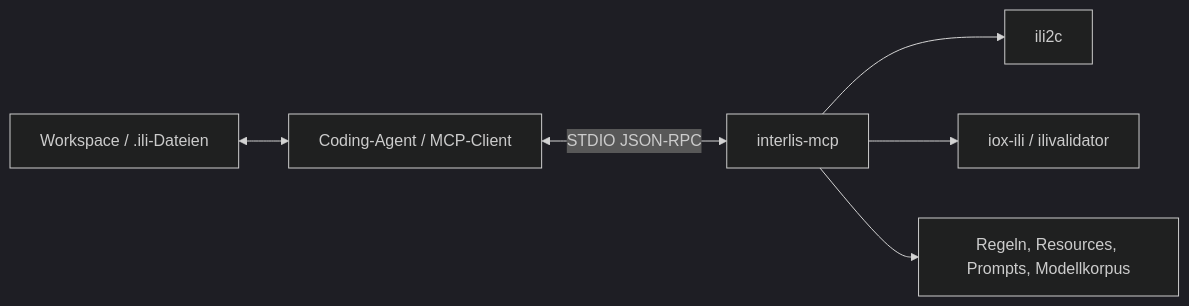
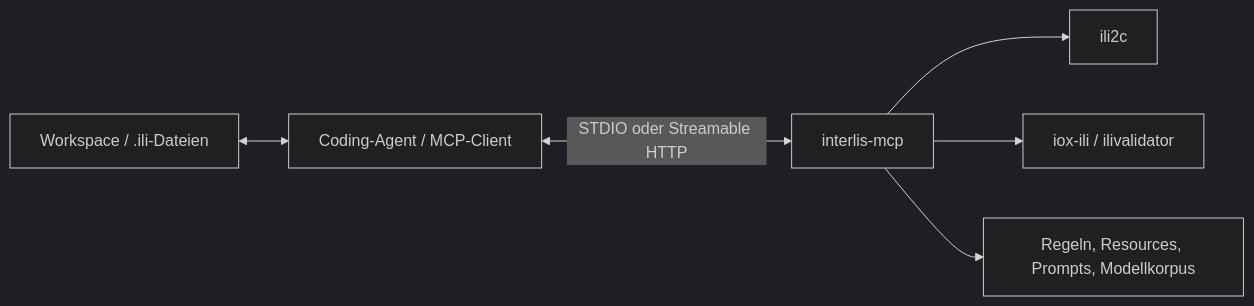
The diagram in docs/ARCHITECTURE.md (edigonzales/interlis-mcp), drawn with Mermaid (dark theme) before and after one commit. The commit also changed other lines of this file and 164 other files, not shown here.

````diff
--- a/docs/ARCHITECTURE.md
+++ b/docs/ARCHITECTURE.md
@@ -9,15 +9,15 @@
 ```mermaid
 flowchart LR
     Workspace["Workspace / .ili-Dateien"]
     Agent["Coding-Agent / MCP-Client"]
     MCP["interlis-mcp"]
     Ili2c["ili2c"]
     Validator["iox-ili / ilivalidator"]
     Knowledge["Regeln, Resources, Prompts, Modellkorpus"]
 
     Workspace <--> Agent
-    Agent <--> |STDIO JSON-RPC| MCP
+    Agent <--> |STDIO oder Streamable HTTP| MCP
     MCP --> Ili2c
     MCP --> Validator
     MCP --> Knowledge
 ```
````
